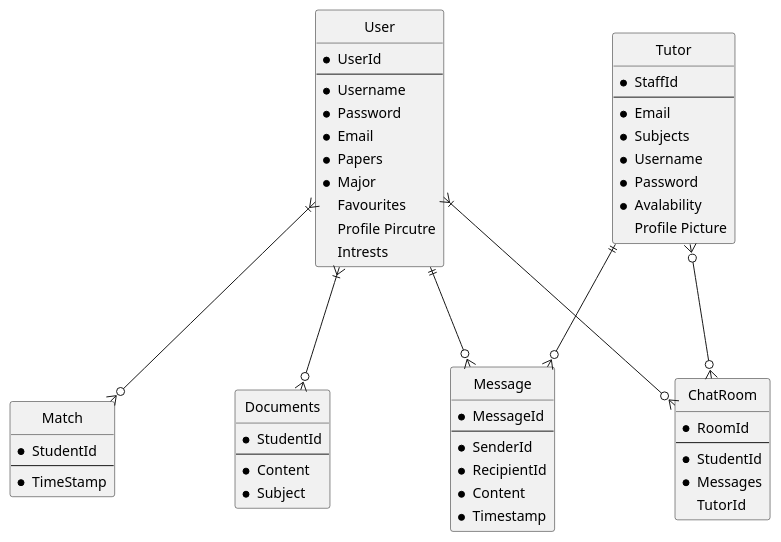
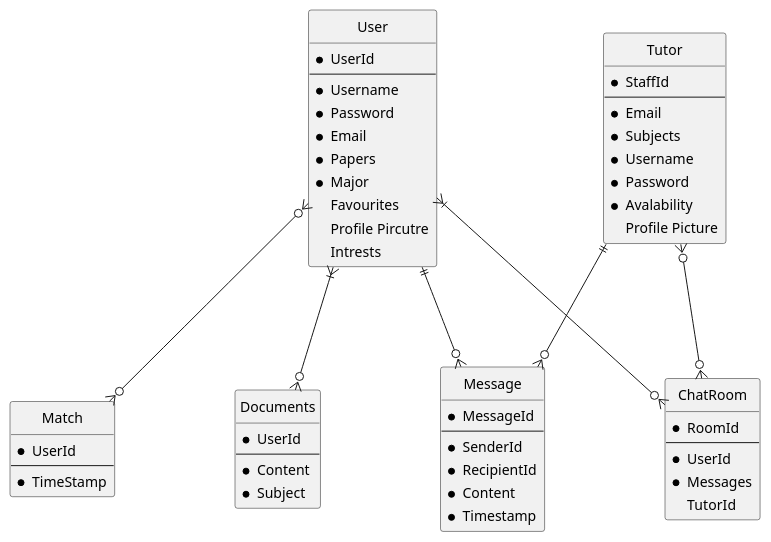
Before and after one commit to annikamarriner123/StudyBuddy: the diagram in StudyBuddy.puml, drawn with PlantUML.

Commit message:
fixed fields

```diff
--- a/StudyBuddy.puml
+++ b/StudyBuddy.puml
@@ -1,100 +1,99 @@
 @startuml
 
 skinparam {
   Style StrictUML
 
   ' make the stereotypes less ugly
   ClassStereotypeFont {
     Size 10
     Style plain
   }
 
   ' make boxes slightly less pointy
   RoundCorner 5
 
   ' make everything slightly less cramped
   Padding 2
 
   ' vertical spacing (make room for labels)
   RankSep 100
 
   ' horizontal spacing (make room for labels)
   NodeSep 120
 }
 
 
 'The students who will use the app
 class "User" as user {
 * UserId
 --
 * Username
 * Password
 * Email
 * Papers
 * Major
   Favourites
   Profile Pircutre
   Intrests
 }
 
 
-
 'Represents the tutors present on the app
 class "Tutor" as tutor{
 * StaffId
 --
 * Email
 * Subjects
 * Username
 * Password
 * Avalability
 Profile Picture
 }
 
 'Stores results when a match is made 
 class "Match" as match{
-  *StudentId
+  *UserId
   --
   * TimeStamp
 }
 
 'This represents messages between one user and another a DM
 class "Message" as msg {
   * MessageId
   --
   * SenderId
   * RecipientId
   * Content
   * Timestamp
 }
 
 
 'This is the group chat aspect where multiple tutors and students can be present
 class "ChatRoom" as room {
   * RoomId
   --
-  * StudentId
+  * UserId
   * Messages
   TutorId
 }
 
 
 'For when the student needs to upload/ share their study docs
 class "Documents" as docs {
-  * StudentId
+  * UserId
   --
   * Content
   * Subject
 }
 
 
 
 user }|--o{ room
 user }|--o{ docs
 tutor }o--o{ room
 user ||--o{ msg
 tutor ||--o{ msg
-user }|--o{ match
+user }o--o{ match
 
 
 @enduml
```
